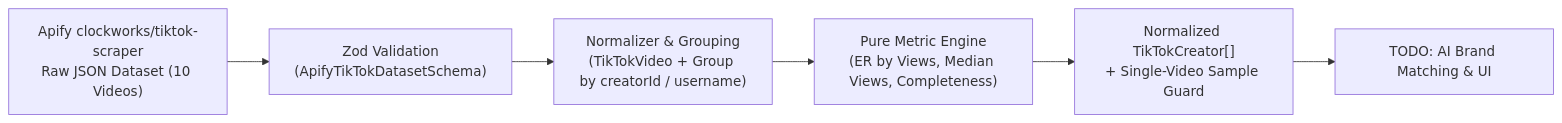
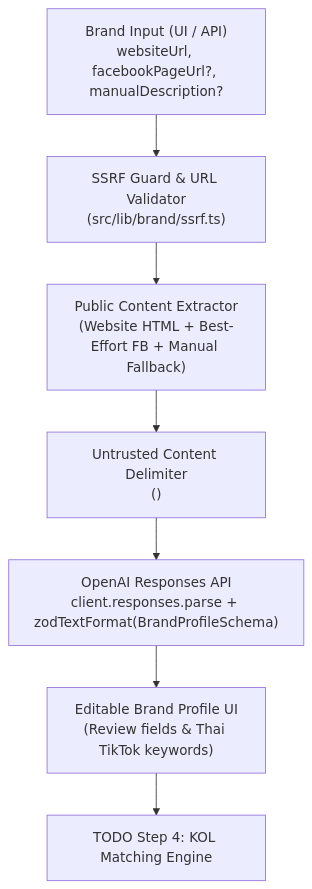
One commit to worapon888/convert-cake-kol-matcher changed the diagram in README.md. Above: the diagram before and after it, drawn with Mermaid. The commit also changed other lines of this file and 17 other files, not shown here.

Commit message:
feat(brand): implement Step 3 AI Brand Analyzer with OpenAI Responses API, SSRF guard, and tests

````diff
--- a/README.md
+++ b/README.md
@@ -86,8 +85,9 @@
 ```mermaid
-flowchart LR
-    Raw["Apify clockworks/tiktok-scraper\nRaw JSON Dataset (10 Videos)"] --> Schema["Zod Validation\n(ApifyTikTokDatasetSchema)"]
-    Schema --> Normalizer["Normalizer & Grouping\n(TikTokVideo + Group by creatorId / username)"]
-    Normalizer --> Metrics["Pure Metric Engine\n(ER by Views, Median Views, Completeness)"]
-    Metrics --> Creator["Normalized TikTokCreator[]\n+ Single-Video Sample Guard"]
-    Creator --> NextStep["TODO: AI Brand Matching & UI"]
+flowchart TD
+    Input["Brand Input (UI / API)\nwebsiteUrl, facebookPageUrl?, manualDescription?"] --> SSRF["SSRF Guard & URL Validator\n(src/lib/brand/ssrf.ts)"]
+    SSRF --> Extractor["Public Content Extractor\n(Website HTML + Best-Effort FB + Manual Fallback)"]
+    Extractor --> Delimiter["Untrusted Content Delimiter\n(<untrusted_website_data>)"]
+    Delimiter --> OpenAI["OpenAI Responses API\nclient.responses.parse + zodTextFormat(BrandProfileSchema)"]
+    OpenAI --> Editor["Editable Brand Profile UI\n(Review fields & Thai TikTok keywords)"]
+    Editor --> FutureMatch["TODO Step 4: KOL Matching Engine"]
 ```
````
